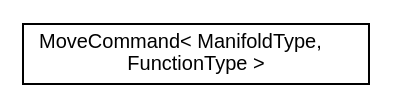
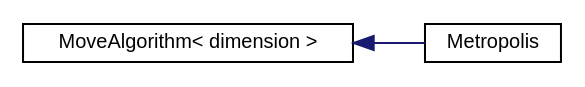
One commit to acgetchell/CDT-plusplus changed the diagram in inherit_graph_10.dot. Above: the diagram before and after it, drawn with Graphviz. The commit also changed 358 other files, not shown here.

```diff
--- a/inherit_graph_10.dot
+++ b/inherit_graph_10.dot
@@ -1,8 +1,10 @@
 digraph "Graphical Class Hierarchy"
 {
  // LATEX_PDF_SIZE
   edge [fontname="Helvetica",fontsize="10",labelfontname="Helvetica",labelfontsize="10"];
   node [fontname="Helvetica",fontsize="10",shape=record];
   rankdir="LR";
-  Node0 [label="MoveCommand\< ManifoldType,\l FunctionType \>",height=0.2,width=0.4,color="black", fillcolor="white", style="filled",URL="$class_move_command.html",tooltip=" "];
+  Node0 [label="MoveAlgorithm\< dimension \>",height=0.2,width=0.4,color="black", fillcolor="white", style="filled",URL="$class_move_algorithm.html",tooltip=" "];
+  Node0 -> Node1 [dir="back",color="midnightblue",fontsize="10",style="solid",fontname="Helvetica"];
+  Node1 [label="Metropolis",height=0.2,width=0.4,color="black", fillcolor="white", style="filled",URL="$class_metropolis.html",tooltip="Metropolis-Hastings algorithm function object."];
 }
```
